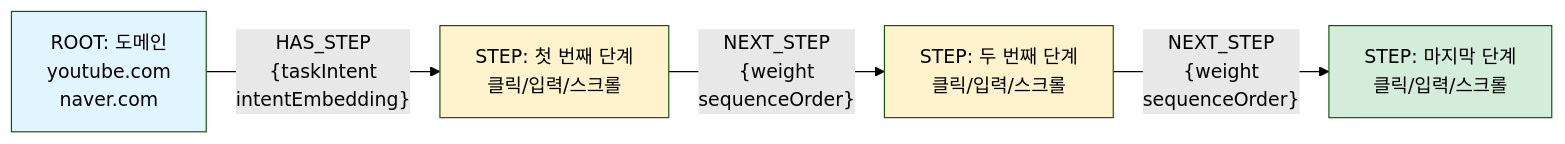
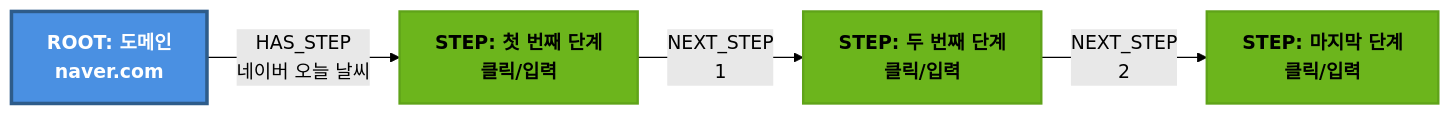
The second of 2 diagrams in README.md (Vovvser/vowser-mcp-server), drawn with Mermaid (forest theme) before and after one commit. The commit also changed other lines of this file, not shown here.

Commit message:
Docs: mermaid 수정 및 내용 수정

````diff
--- a/README.md
+++ b/README.md
@@ -159,16 +155,18 @@
 ```mermaid
 graph LR
-    ROOT["ROOT: 도메인<br/>youtube.com<br/>naver.com"]
-    STEP1["STEP: 첫 번째 단계<br/>클릭/입력/스크롤"]
-    STEP2["STEP: 두 번째 단계<br/>클릭/입력/스크롤"]
-    STEP3["STEP: 마지막 단계<br/>클릭/입력/스크롤"]
+    ROOT["ROOT: 도메인<br/>naver.com"]
+    STEP1["STEP: 첫 번째 단계<br/>클릭/입력"]
+    STEP2["STEP: 두 번째 단계<br/>클릭/입력"]
+    STEP3["STEP: 마지막 단계<br/>클릭/입력"]
     
-    ROOT -->|"HAS_STEP<br/>{taskIntent<br/>intentEmbedding}"| STEP1
-    STEP1 -->|"NEXT_STEP<br/>{weight<br/>sequenceOrder}"| STEP2
-    STEP2 -->|"NEXT_STEP<br/>{weight<br/>sequenceOrder}"| STEP3
+    ROOT -->|HAS_STEP<br/>네이버 오늘 날씨| STEP1
+    STEP1 -->|NEXT_STEP<br/>1| STEP2
+    STEP2 -->|NEXT_STEP<br/>2| STEP3
     
-    style ROOT fill:#e1f5ff
-    style STEP1 fill:#fff3cd
-    style STEP2 fill:#fff3cd
-    style STEP3 fill:#d4edda
+    classDef orange fill:#F5A623,stroke:#C17D11,stroke-width:2px,color:#000,font-weight:bold
+    classDef green fill:#6CB51C,stroke:#5FA319,stroke-width:2px,color:#000,font-weight:bold
+    classDef skyblue fill:#4A90E2,stroke:#2E5C8A,stroke-width:3px,color:#fff,font-weight:bold
+    
+    class ROOT skyblue
+    class STEP1,STEP2,STEP3 green
 ```
````
